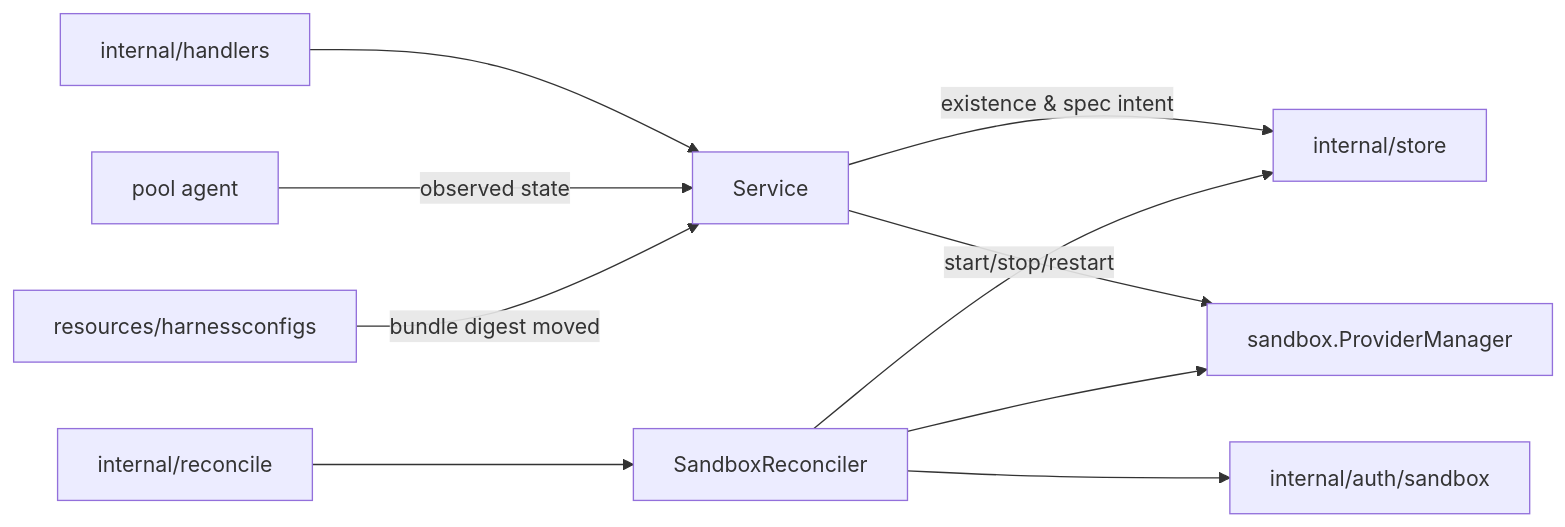
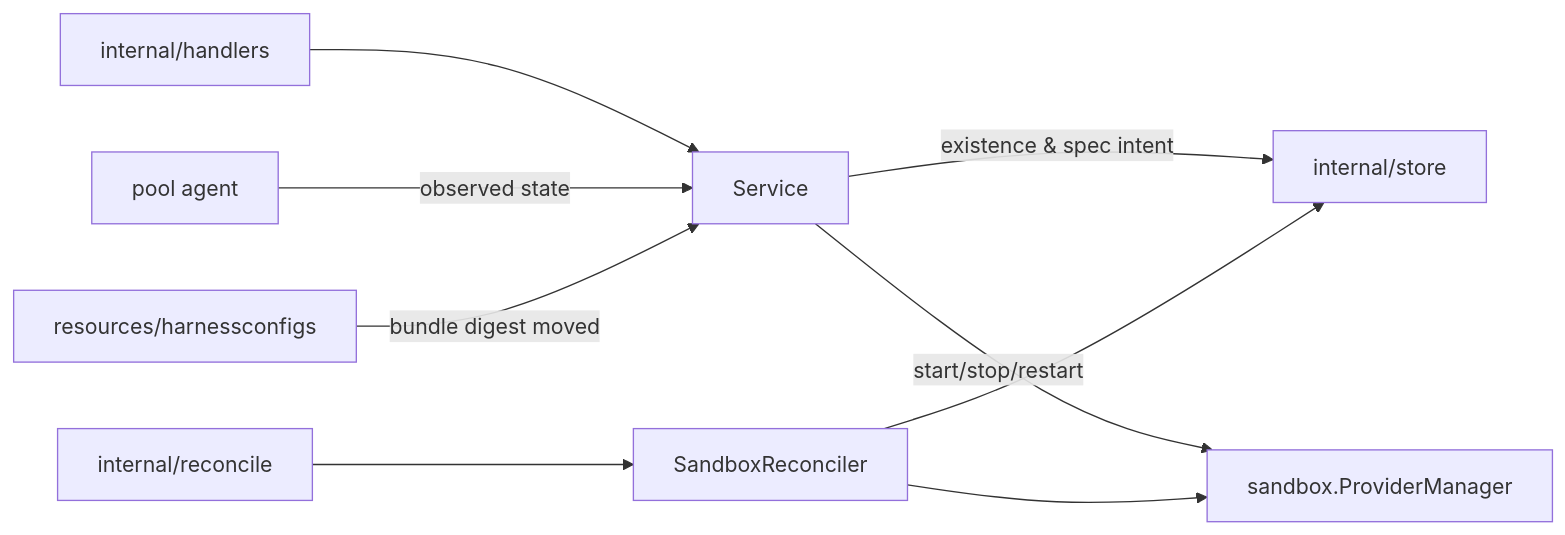
Before and after one commit to discobox-ai/discobox: the first of 3 diagrams in server/internal/resources/sandboxes/DESIGN.md, drawn with Mermaid. The commit also changed other lines of this file and 30 other files, not shown here.

````diff
--- a/server/internal/resources/sandboxes/DESIGN.md
+++ b/server/internal/resources/sandboxes/DESIGN.md
@@ -9,12 +8,11 @@
 ```mermaid
 flowchart LR
     api[internal/handlers] --> service[Service]
     service -->|"existence & spec intent"| store[internal/store]
     service -->|"start/stop/restart"| providers[sandbox.ProviderManager]
     engine[internal/reconcile] --> reconciler[SandboxReconciler]
     reconciler --> store
     reconciler --> providers
-    reconciler --> auth[internal/auth/sandbox]
     agent[pool agent] -->|"observed state"| service
     hc[resources/harnessconfigs] -->|"bundle digest moved"| service
 ```
````
